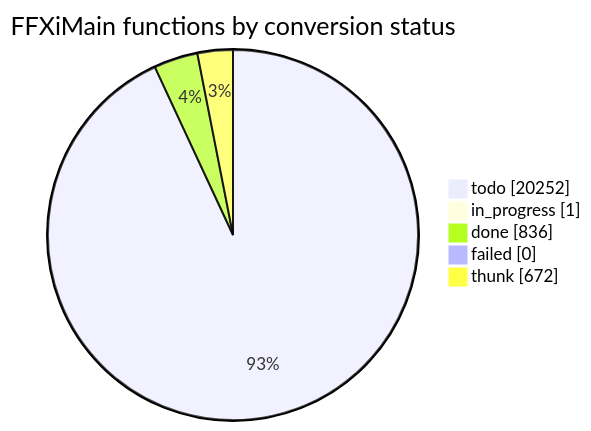
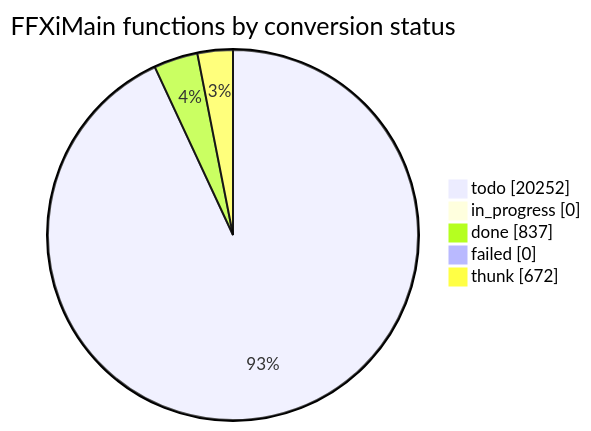
The diagram in docs/cow/STATUS.md (cowrevenge/cow_kuluu_xi_anything), drawn with Mermaid before and after one commit. The commit also changed other lines of this file and 9 other files, not shown here.

````diff
--- a/docs/cow/STATUS.md
+++ b/docs/cow/STATUS.md
@@ -18,9 +18,9 @@
 ```mermaid
 pie showData
     title FFXiMain functions by conversion status
     "todo" : 20252
-    "in_progress" : 1
-    "done" : 836
+    "in_progress" : 0
+    "done" : 837
     "failed" : 0
     "thunk" : 672
 ```
````
